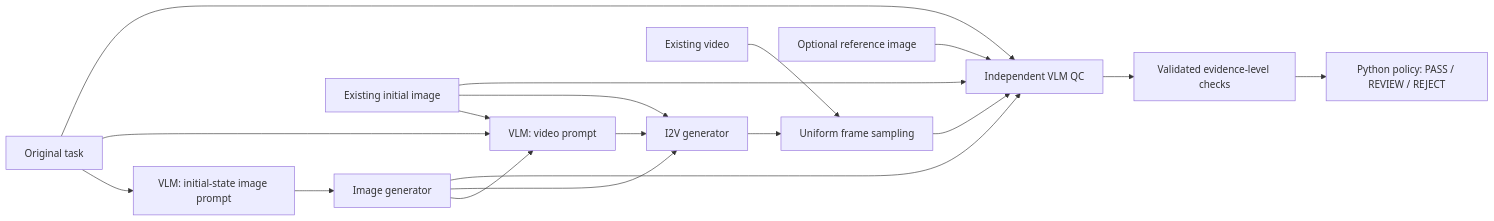
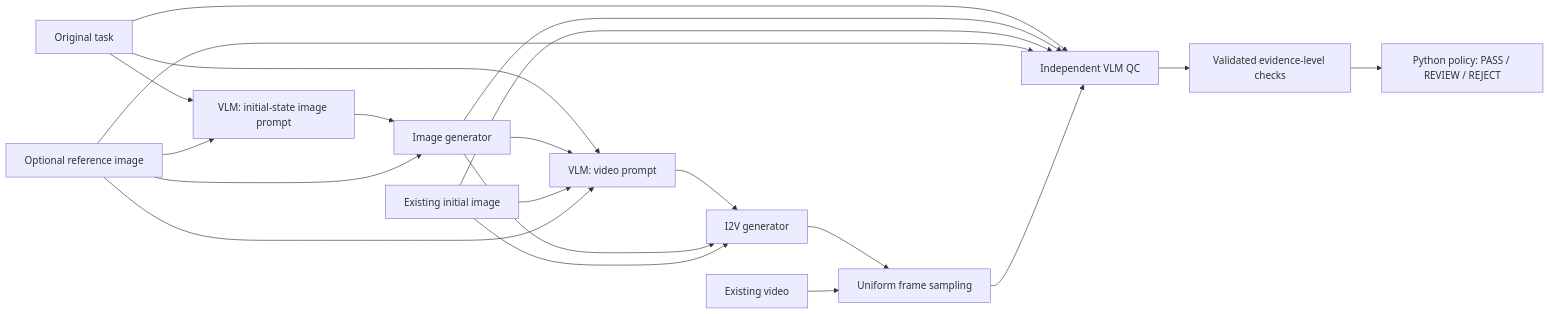
One commit to K3lv1n0219/Video_Gen_QC changed the diagram in README.md. Above: the diagram before and after it, drawn with Mermaid. The commit also changed other lines of this file and 12 other files, not shown here.

````diff
--- a/README.md
+++ b/README.md
@@ -29,20 +29,23 @@
 ```mermaid
 flowchart LR
     T[Original task] --> P1[VLM: initial-state image prompt]
     P1 --> I[Image generator]
     T --> P2[VLM: video prompt]
     I --> P2
     E[Existing initial image] --> P2
     P2 --> V[I2V generator]
     I --> V
     E --> V
     V --> S[Uniform frame sampling]
     X[Existing video] --> S
     T --> Q[Independent VLM QC]
     I --> Q
     E --> Q
     R[Optional reference image] --> Q
+    R --> P1
+    R --> I
+    R --> P2
     S --> Q
     Q --> C[Validated evidence-level checks]
     C --> D[Python policy: PASS / REVIEW / REJECT]
 ```
````
